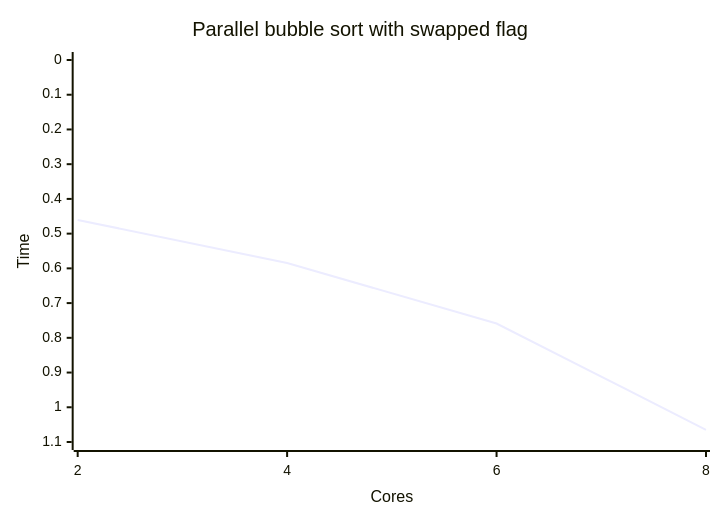
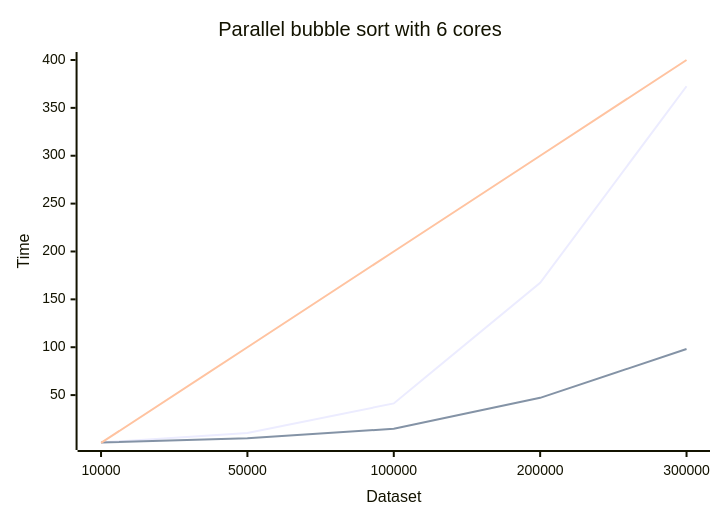
The fourth of 6 diagrams in lab3/README.md (deivgin/parallel-computing), drawn with Mermaid before and after one commit. The commit also changed other lines of this file and 7 other files, not shown here.

````diff
--- a/lab3/README.md
+++ b/lab3/README.md
@@ -65,7 +147,9 @@
 ```mermaid
 xychart-beta
-    title "Parallel bubble sort with swapped flag"
-    x-axis "Cores" [2, 4, 6, 8]
-    y-axis "Time" 1.1 --> 0
-    line [0.460546, 0.584587, 0.758808, 1.06499]
+    title "Parallel bubble sort with 6 cores"
+    x-axis "Dataset" ["10000", "50000", "100000", "200000", "300000"]
+    y-axis "Time" 1 --> 400
+    line "Sequential" [0.412430, 10.429007, 41.319766, 167.328850, 372.563921]
+    line "Parallel" [0.519214, 4.962971, 14.861962, 47.126572, 98.099047]
+    line "Reference Line" [0, 100, 200, 300, 400]
 ```
````
